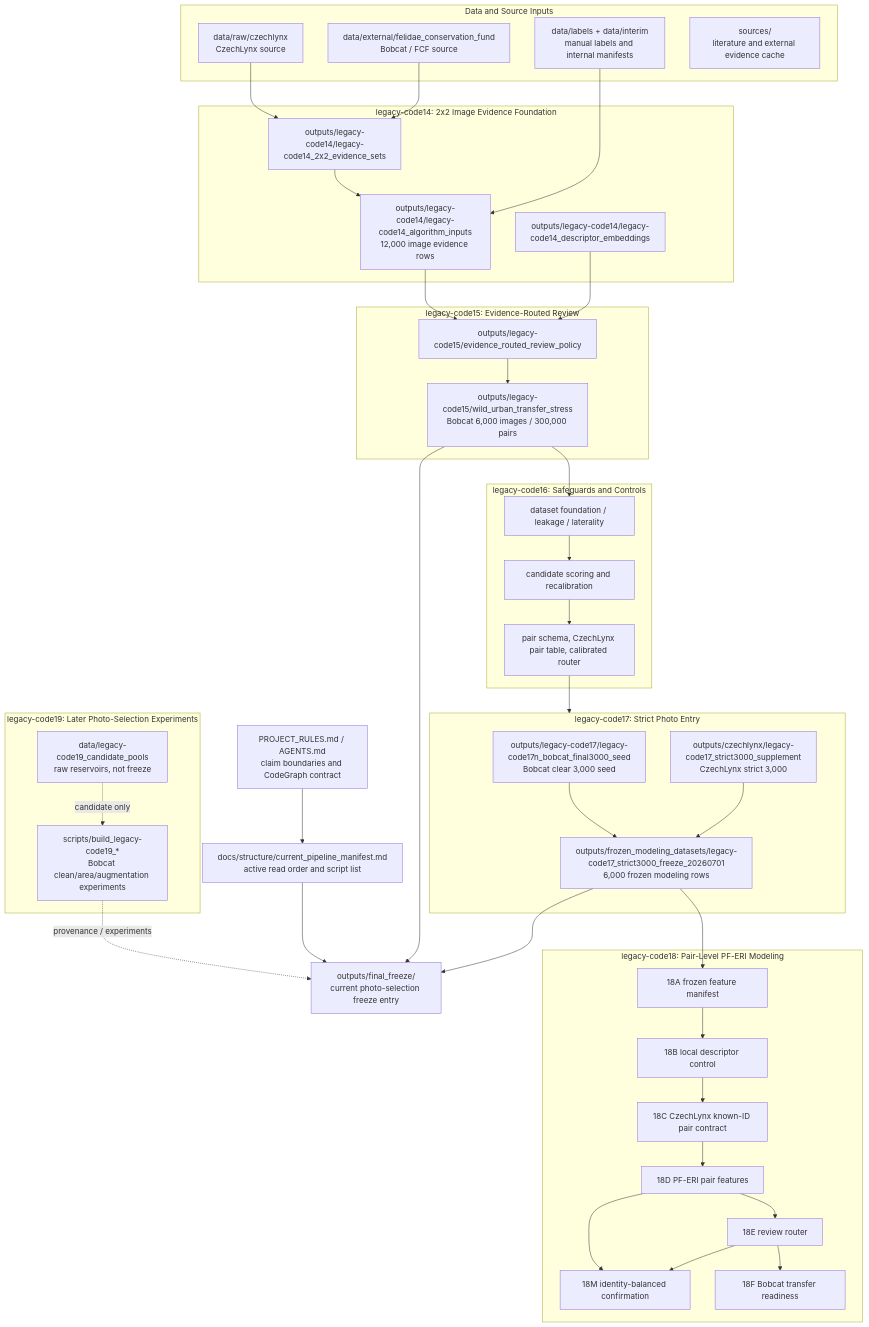
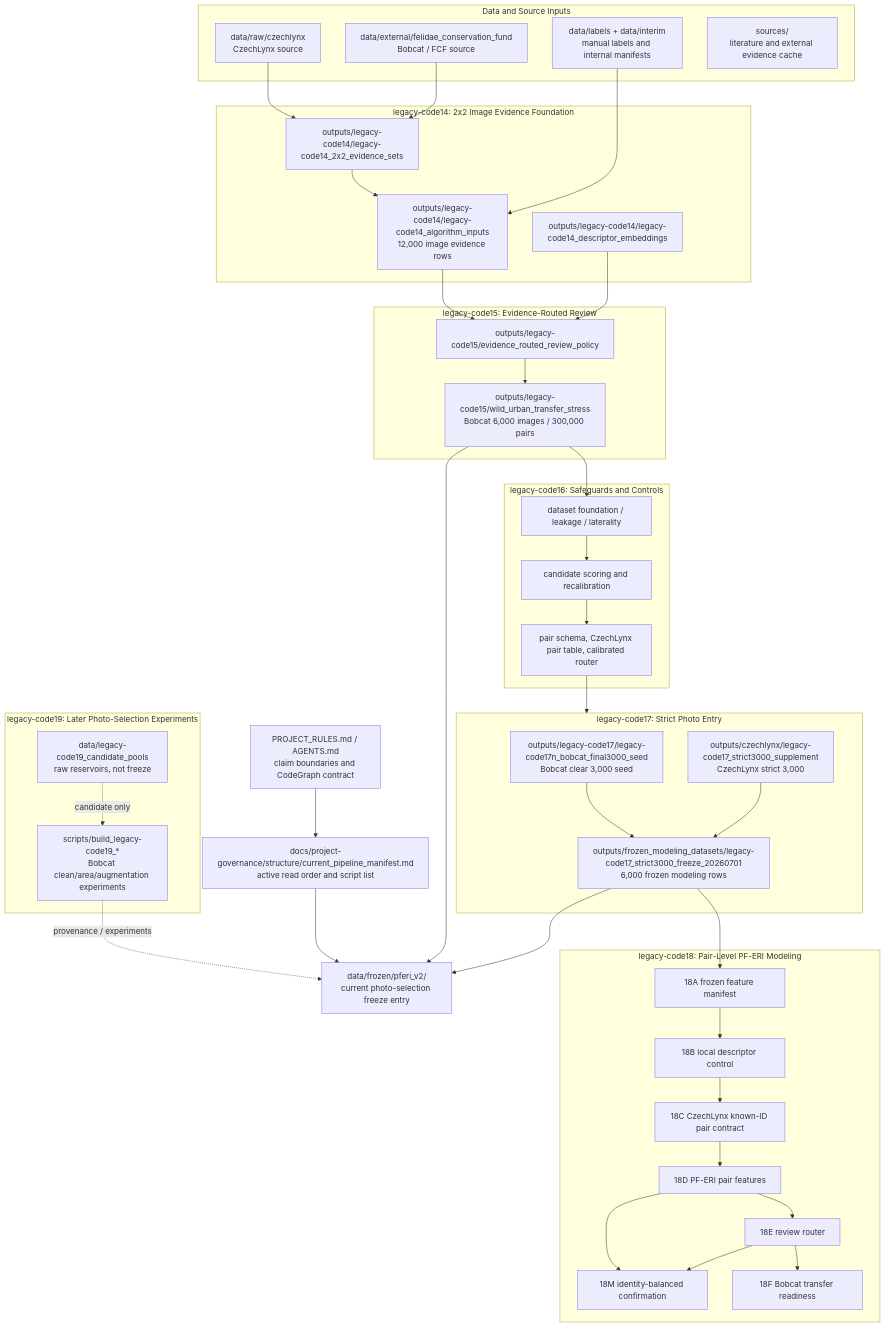
The first of 4 diagrams in docs/project-governance/structure/2026-07-07_codegraph_project_structure_map.md (Dean-999/felid-review-readiness-triage), drawn with Mermaid before and after one commit. The commit also changed other lines of this file and 124 other files, not shown here.

````diff
--- a/docs/project-governance/structure/2026-07-07_codegraph_project_structure_map.md
+++ b/docs/project-governance/structure/2026-07-07_codegraph_project_structure_map.md
@@ -12,74 +12,74 @@
 ```mermaid
 flowchart TB
   Rules["PROJECT_RULES.md / AGENTS.md<br/>claim boundaries and CodeGraph contract"]
-  Current["docs/structure/current_pipeline_manifest.md<br/>active read order and script list"]
-  Freeze["outputs/final_freeze/<br/>current photo-selection freeze entry"]
+  Current["docs/project-governance/structure/current_pipeline_manifest.md<br/>active read order and script list"]
+  Freeze["data/frozen/pferi_v2/<br/>current photo-selection freeze entry"]
 
   subgraph Data["Data and Source Inputs"]
     RawCzech["data/raw/czechlynx<br/>CzechLynx source"]
     FCF["data/external/felidae_conservation_fund<br/>Bobcat / FCF source"]
     Labels["data/labels + data/interim<br/>manual labels and internal manifests"]
     Sources["sources/<br/>literature and external evidence cache"]
   end
 
   subgraph legacy-code14["legacy-code14: 2x2 Image Evidence Foundation"]
     P14Sets["outputs/legacy-code14/legacy-code14_2x2_evidence_sets"]
     P14Inputs["outputs/legacy-code14/legacy-code14_algorithm_inputs<br/>12,000 image evidence rows"]
     P14Emb["outputs/legacy-code14/legacy-code14_descriptor_embeddings"]
   end
 
   subgraph legacy-code15["legacy-code15: Evidence-Routed Review"]
     P15Policy["outputs/legacy-code15/evidence_routed_review_policy"]
     P15Stress["outputs/legacy-code15/wild_urban_transfer_stress<br/>Bobcat 6,000 images / 300,000 pairs"]
   end
 
   subgraph legacy-code16["legacy-code16: Safeguards and Controls"]
     P16Audit["dataset foundation / leakage / laterality"]
     P16Score["candidate scoring and recalibration"]
     P16Pair["pair schema, CzechLynx pair table, calibrated router"]
   end
 
   subgraph legacy-code17["legacy-code17: Strict Photo Entry"]
     BobcatSeed["outputs/legacy-code17/legacy-code17n_bobcat_final3000_seed<br/>Bobcat clear 3,000 seed"]
     LynxStrict["outputs/czechlynx/legacy-code17_strict3000_supplement<br/>CzechLynx strict 3,000"]
     FrozenPkg["outputs/frozen_modeling_datasets/legacy-code17_strict3000_freeze_20260701<br/>6,000 frozen modeling rows"]
   end
 
   subgraph legacy-code18["legacy-code18: Pair-Level PF-ERI Modeling"]
     P18A["18A frozen feature manifest"]
     P18B["18B local descriptor control"]
     P18C["18C CzechLynx known-ID pair contract"]
     P18D["18D PF-ERI pair features"]
     P18E["18E review router"]
     P18F["18F Bobcat transfer readiness"]
     P18M["18M identity-balanced confirmation"]
   end
 
   subgraph legacy-code19["legacy-code19: Later Photo-Selection Experiments"]
     P19Pools["data/legacy-code19_candidate_pools<br/>raw reservoirs, not freeze"]
     P19Bobcat["scripts/build_legacy-code19_*<br/>Bobcat clean/area/augmentation experiments"]
   end
 
   Rules --> Current
   Current --> Freeze
   RawCzech --> P14Sets
   FCF --> P14Sets
   Labels --> P14Inputs
   P14Sets --> P14Inputs
   P14Inputs --> P15Policy
   P14Emb --> P15Policy
   P15Policy --> P15Stress
   P15Stress --> P16Audit
   P16Audit --> P16Score
   P16Score --> P16Pair
   P16Pair --> legacy-code17
   BobcatSeed --> FrozenPkg
   LynxStrict --> FrozenPkg
   FrozenPkg --> P18A --> P18B --> P18C --> P18D --> P18E --> P18F
   P18D --> P18M
   P18E --> P18M
   P19Pools -.candidate only.-> P19Bobcat
   P19Bobcat -.provenance / experiments.-> Freeze
   FrozenPkg --> Freeze
   P15Stress --> Freeze
 ```
````
